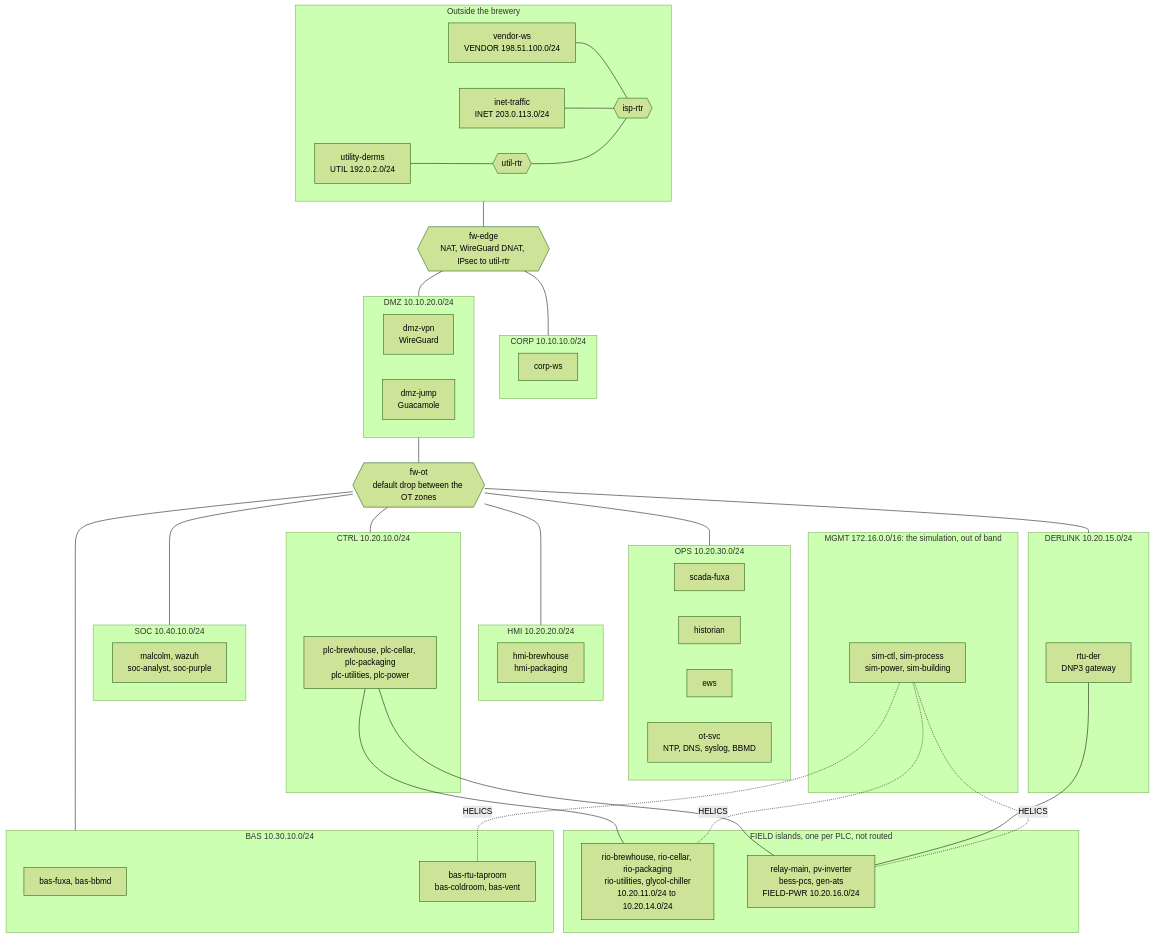
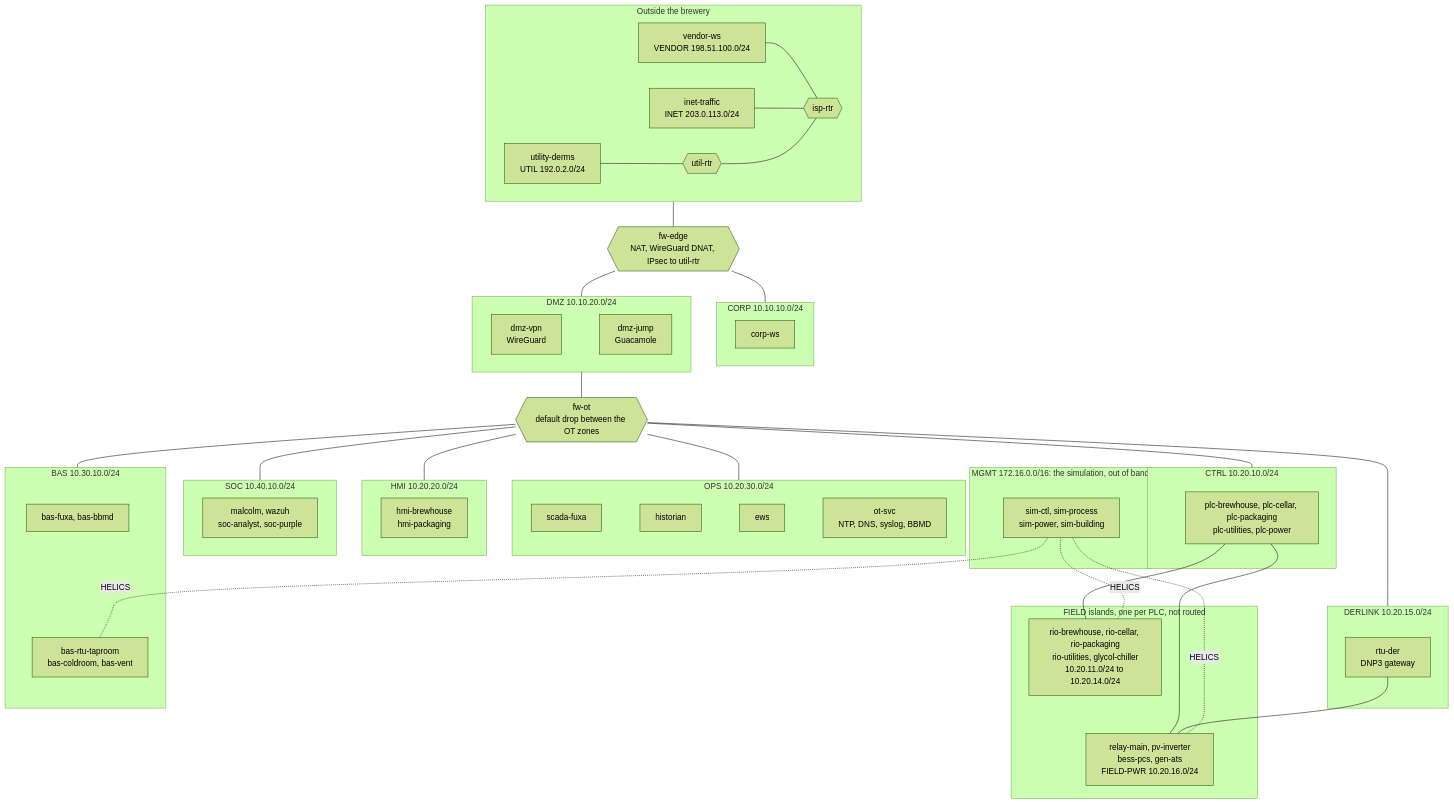
Before and after one commit to GhostofGoes/brew: the first of 16 diagrams in README.md, drawn with Mermaid (forest theme). The commit also changed other lines of this file and 2 other files, not shown here.

First line of the commit message:
docs(cherrymountain): lay out ten diagrams so their text is readable on GitHub

````diff
--- a/README.md
+++ b/README.md
@@ -20,69 +20,73 @@
 ```mermaid
 flowchart TB
   subgraph EXT["Outside the brewery"]
     direction LR
     VWS["vendor-ws<br/>VENDOR 198.51.100.0/24"]
     TRAFFIC["inet-traffic<br/>INET 203.0.113.0/24"]
     DERMS["utility-derms<br/>UTIL 192.0.2.0/24"]
     ISP{{"isp-rtr"}}
     URTR{{"util-rtr"}}
   end
   FWEDGE{{"fw-edge<br/>NAT, WireGuard DNAT, IPsec to util-rtr"}}
   subgraph CORP["CORP 10.10.10.0/24"]
     CWS["corp-ws"]
   end
   subgraph DMZ["DMZ 10.10.20.0/24"]
     VPN["dmz-vpn<br/>WireGuard"]
     JUMP["dmz-jump<br/>Guacamole"]
+    VPN ~~~ JUMP
   end
   FWOT{{"fw-ot<br/>default drop between the OT zones"}}
   subgraph OPS["OPS 10.20.30.0/24"]
     FUXA["scada-fuxa"]
     HIST["historian"]
     EWS["ews"]
     SVC["ot-svc<br/>NTP, DNS, syslog, BBMD"]
+    FUXA ~~~ HIST ~~~ EWS ~~~ SVC
   end
   subgraph HMI["HMI 10.20.20.0/24"]
     HMIS["hmi-brewhouse<br/>hmi-packaging"]
   end
   subgraph CTRL["CTRL 10.20.10.0/24"]
     PLCS["plc-brewhouse, plc-cellar, plc-packaging<br/>plc-utilities, plc-power"]
   end
   subgraph FIELD["FIELD islands, one per PLC, not routed"]
     RIOS["rio-brewhouse, rio-cellar, rio-packaging<br/>rio-utilities, glycol-chiller<br/>10.20.11.0/24 to 10.20.14.0/24"]
     PDEVS["relay-main, pv-inverter<br/>bess-pcs, gen-ats<br/>FIELD-PWR 10.20.16.0/24"]
+    RIOS ~~~ PDEVS
   end
   subgraph DERLINK["DERLINK 10.20.15.0/24"]
     RTU["rtu-der<br/>DNP3 gateway"]
   end
   subgraph BAS["BAS 10.30.10.0/24"]
     BFX["bas-fuxa, bas-bbmd"]
     BASD["bas-rtu-taproom<br/>bas-coldroom, bas-vent"]
+    BFX ~~~ BASD
   end
   subgraph SOC["SOC 10.40.10.0/24"]
     SOCH["malcolm, wazuh<br/>soc-analyst, soc-purple"]
   end
   subgraph MGMT["MGMT 172.16.0.0/16: the simulation, out of band"]
     SIM["sim-ctl, sim-process<br/>sim-power, sim-building"]
   end
   VWS --- ISP
   TRAFFIC --- ISP
   DERMS --- URTR
   URTR --- ISP
   ISP --- FWEDGE
   FWEDGE --- CORP
   FWEDGE --- DMZ
   DMZ --- FWOT
   FWOT --- OPS
   FWOT --- HMI
   FWOT --- CTRL
   FWOT --- DERLINK
   FWOT --- BAS
   FWOT --- SOC
   PLCS --- RIOS
   PLCS --- PDEVS
   RTU --- PDEVS
   SIM -. "HELICS" .- RIOS
   SIM -. "HELICS" .- PDEVS
   SIM -. "HELICS" .- BASD
 ```
````
